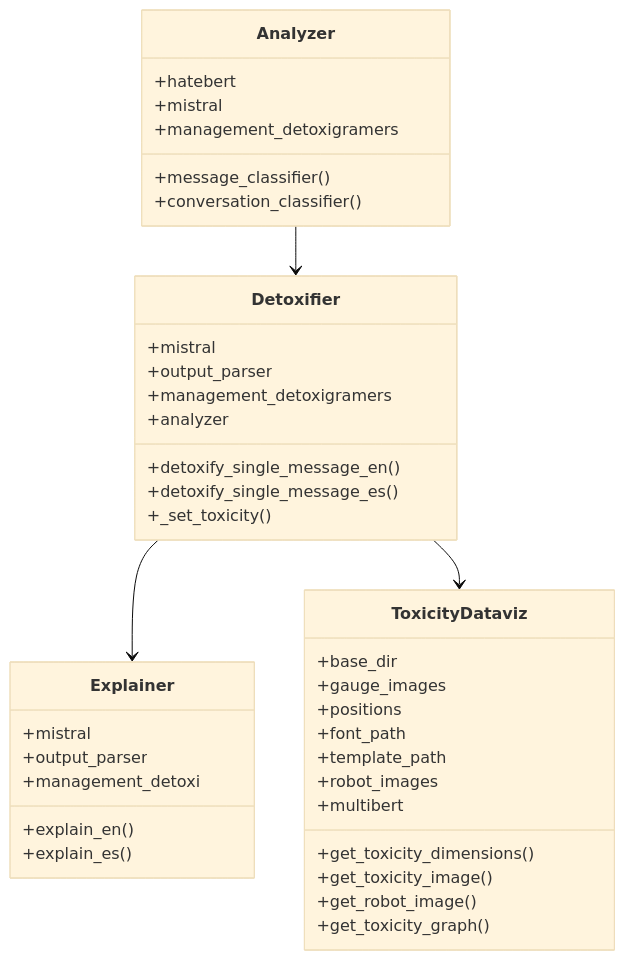
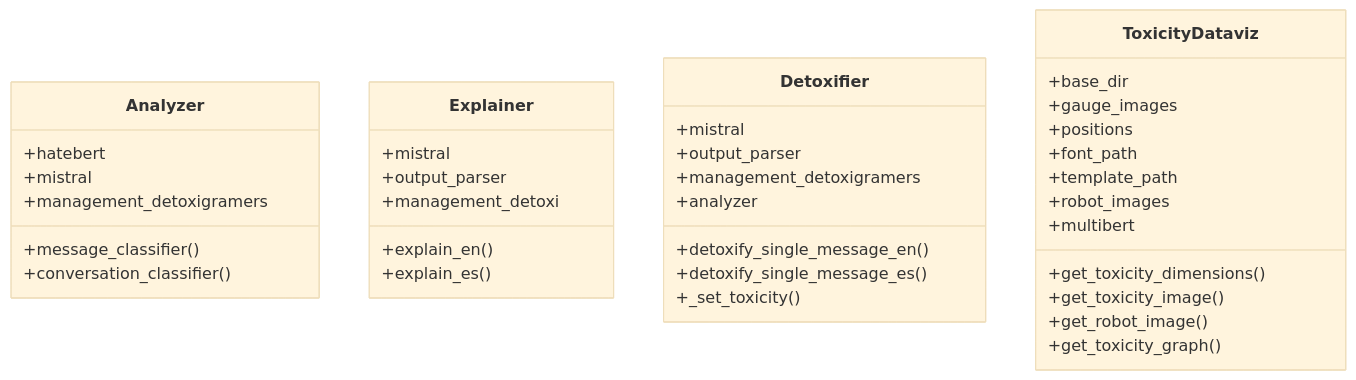
One commit to LIA-DiTella/Detoxigram changed the second of 4 diagrams in README.md. Above: the diagram before and after it, drawn with Mermaid (base theme).

````diff
--- a/README.md
+++ b/README.md
@@ -119,46 +119,42 @@
 ```mermaid
 classDiagram
     class Analyzer {
         +hatebert
         +mistral
         +management_detoxigramers
         +message_classifier()
         +conversation_classifier()
     }
 
     class Explainer {
         +mistral
         +output_parser
         +management_detoxi
         +explain_en()
         +explain_es()
     }
 
     class Detoxifier {
         +mistral
         +output_parser
         +management_detoxigramers
         +analyzer
         +detoxify_single_message_en()
         +detoxify_single_message_es()
         +_set_toxicity()
     }
 
     class ToxicityDataviz {
         +base_dir
         +gauge_images
         +positions
         +font_path
         +template_path
         +robot_images
         +multibert
         +get_toxicity_dimensions()
         +get_toxicity_image()
         +get_robot_image()
         +get_toxicity_graph()
     }
-
-    Analyzer --> Detoxifier
-    Detoxifier --> Explainer
-    Detoxifier --> ToxicityDataviz
 ```
````
